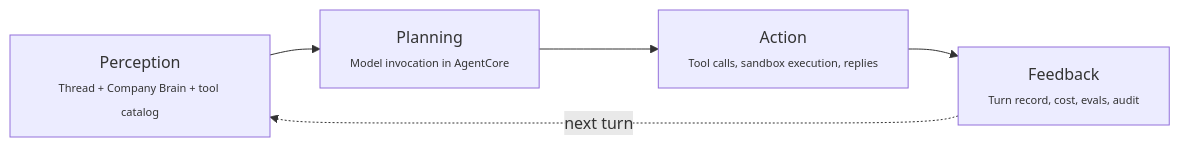
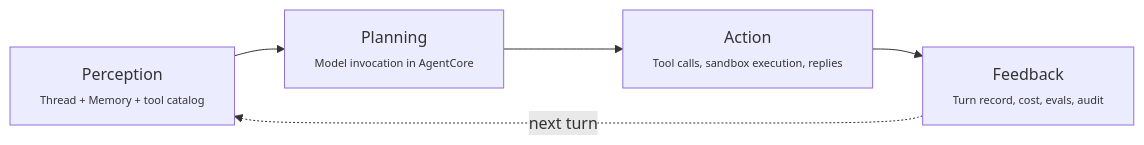
The diagram in docs/src/content/docs/architecture.mdx (thinkwork-ai/thinkwork), drawn with Mermaid before and after one commit. The commit also changed other lines of this file and 28 other files, not shown here.

Commit message:
docs: rename Company Brain docs to Memory

````diff
--- a/docs/src/content/docs/architecture.mdx
+++ b/docs/src/content/docs/architecture.mdx
@@ -36,7 +36,7 @@
 ```mermaid
 flowchart LR
-  P[Perception<br/><span style="font-size:11px">Thread + Company Brain + tool catalog</span>] --> Pl[Planning<br/><span style="font-size:11px">Model invocation in AgentCore</span>]
+  P[Perception<br/><span style="font-size:11px">Thread + Memory + tool catalog</span>] --> Pl[Planning<br/><span style="font-size:11px">Model invocation in AgentCore</span>]
   Pl --> A[Action<br/><span style="font-size:11px">Tool calls, sandbox execution, replies</span>]
   A --> F[Feedback<br/><span style="font-size:11px">Turn record, cost, evals, audit</span>]
   F -.->|next turn| P
 ```
````
